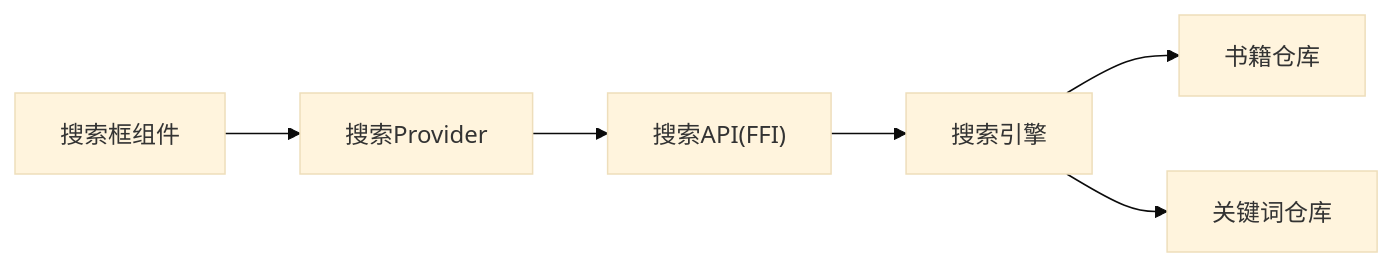
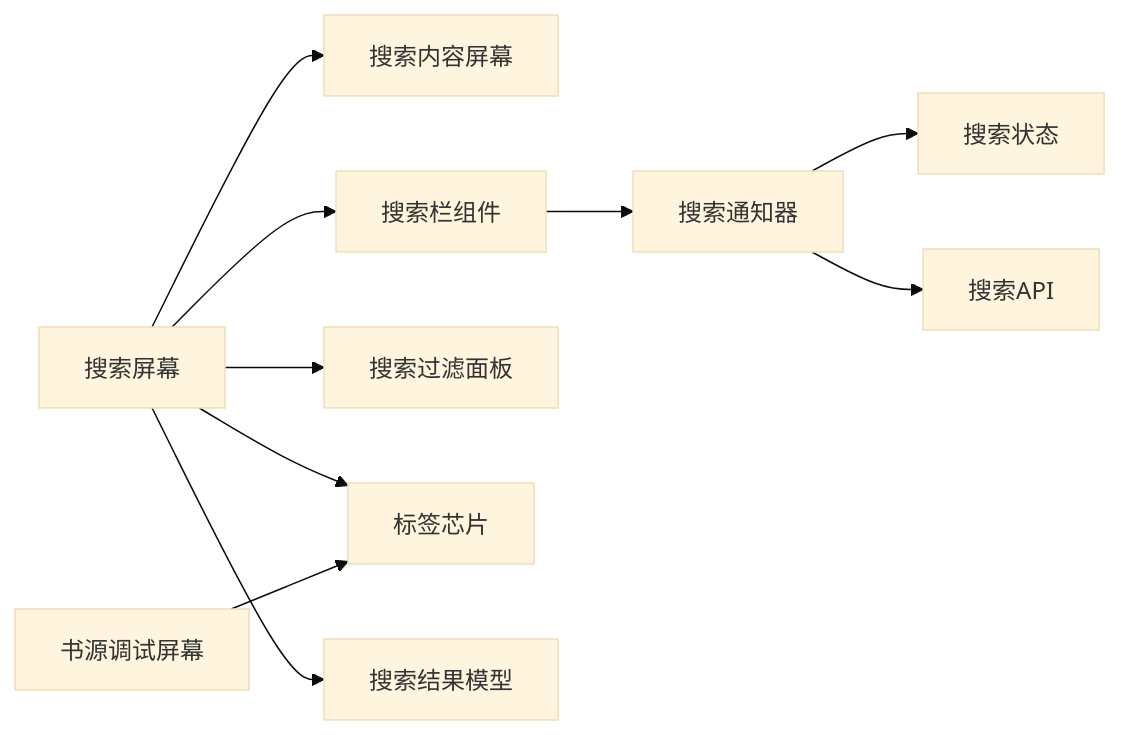
One commit to ZhangGHGitHub/LegadoTeamFlutter changed the seventh of 7 diagrams in .qoder/repowiki/zh/content/搜索功能/搜索界面组件/搜索界面组件.md. Above: the diagram before and after it, drawn with Mermaid (base theme). The commit also changed other lines of this file and 173 other files, not shown here.

````diff
--- a/.qoder/repowiki/zh/content/搜索功能/搜索界面组件/搜索界面组件.md
+++ b/.qoder/repowiki/zh/content/搜索功能/搜索界面组件/搜索界面组件.md
@@ -306,8 +409,12 @@
 ```mermaid
 graph LR
-FSB["搜索框组件"] --> FProv["搜索Provider"]
-FProv --> FFI["搜索API(FFI)"]
-FFI --> Core["搜索引擎"]
-Core --> RepoB["书籍仓库"]
-Core --> RepoK["关键词仓库"]
+SS["搜索屏幕"] --> SCSS["搜索内容屏幕"]
+SS --> SBW["搜索栏组件"]
+SS --> SFP["搜索过滤面板"]
+SS --> TC["标签芯片"]
+SDS["书源调试屏幕"] --> TC
+SBW --> SN["搜索通知器"]
+SN --> SSState["搜索状态"]
+SN --> SA["搜索API"]
+SS --> SR["搜索结果模型"]
 ```
````
